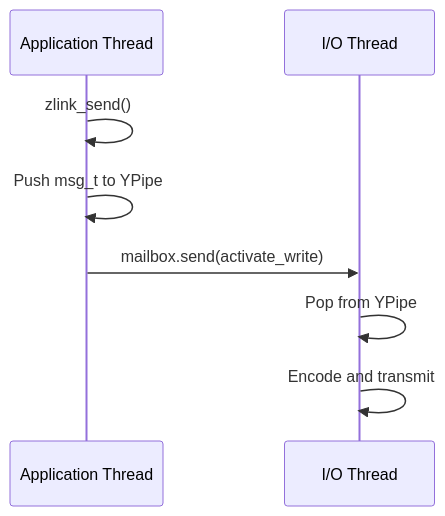
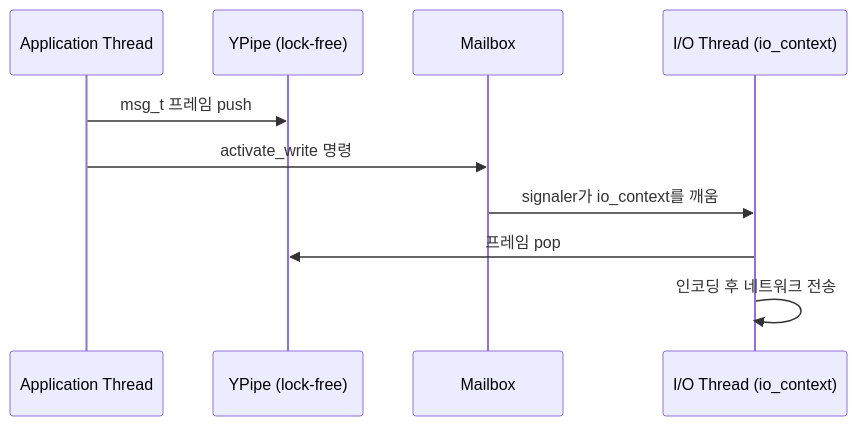
One commit to kairos-code-dev/zlink changed the second of 2 diagrams in doc/internals/threading-model.ko.md. Above: the diagram before and after it, drawn with Mermaid. The commit also changed other lines of this file and 11 other files, not shown here.

````diff
--- a/doc/internals/threading-model.ko.md
+++ b/doc/internals/threading-model.ko.md
@@ -50,10 +139,13 @@
 ```mermaid
 sequenceDiagram
     participant App as Application Thread
-    participant IOT as I/O Thread
-    App->>App: zlink_send()
-    App->>App: Push msg_t to YPipe
-    App->>IOT: mailbox.send(activate_write)
-    IOT->>IOT: Pop from YPipe
-    IOT->>IOT: Encode and transmit
+    participant Pipe as YPipe (lock-free)
+    participant MBox as Mailbox
+    participant IOT as I/O Thread (io_context)
+
+    App->>Pipe: msg_t 프레임 push
+    App->>MBox: activate_write 명령
+    MBox->>IOT: signaler가 io_context를 깨움
+    IOT->>Pipe: 프레임 pop
+    IOT->>IOT: 인코딩 후 네트워크 전송
 ```
````
